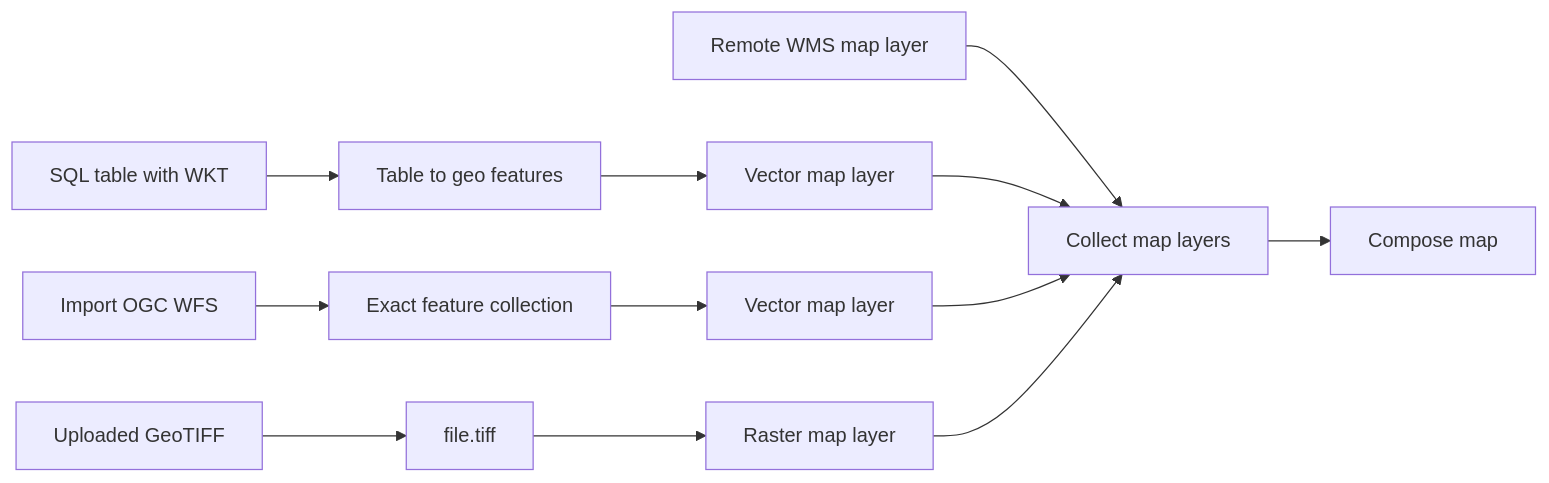
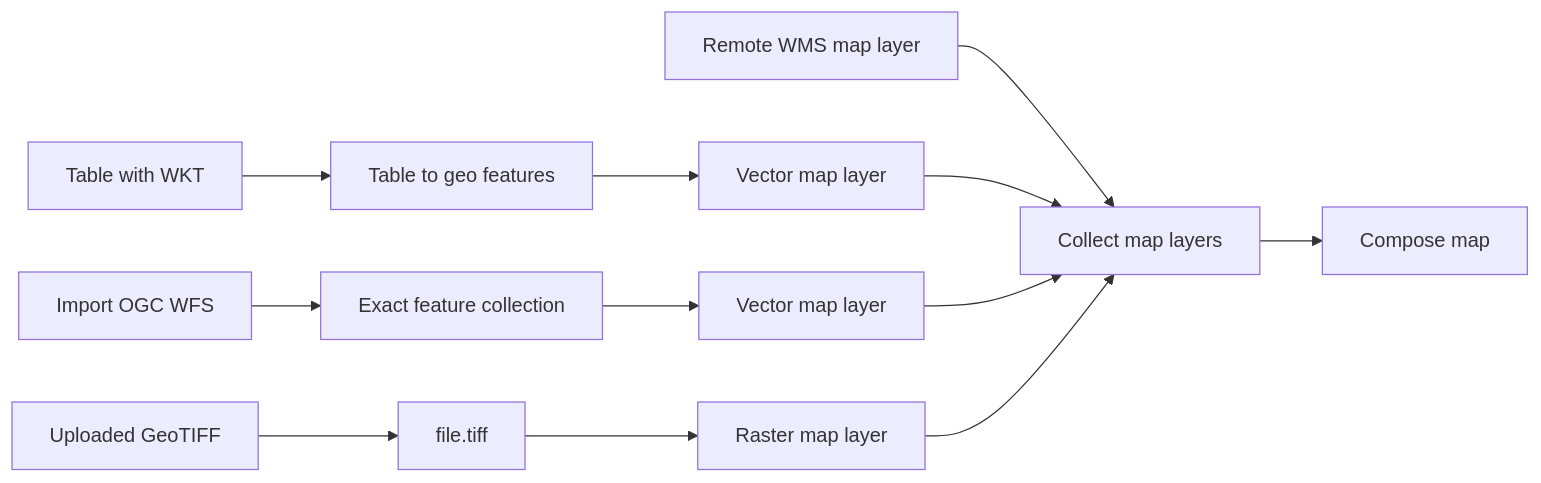
Before and after one commit to artpods56/grafY: the second of 3 diagrams in README.md, drawn with Mermaid. The commit also changed other lines of this file and 6 other files, not shown here.

````diff
--- a/README.md
+++ b/README.md
@@ -95,14 +124,14 @@
 ```mermaid
 flowchart LR
-  SQL["SQL table with WKT"] --> F["Table to geo features"]
+  SQL["Table with WKT"] --> F["Table to geo features"]
   WFS["Import OGC WFS"] --> F2["Exact feature collection"]
   TIFF["Uploaded GeoTIFF"] --> R["file.tiff"]
   F --> VL["Vector map layer"]
   F2 --> VL2["Vector map layer"]
   R --> RL["Raster map layer"]
   WMS["Remote WMS map layer"] --> C["Collect map layers"]
   VL --> C
   VL2 --> C
   RL --> C
   C --> M["Compose map"]
 ```
````
